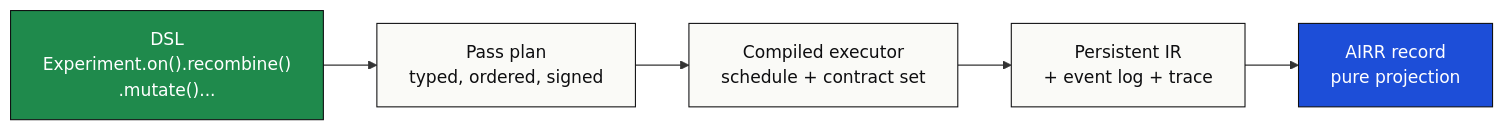
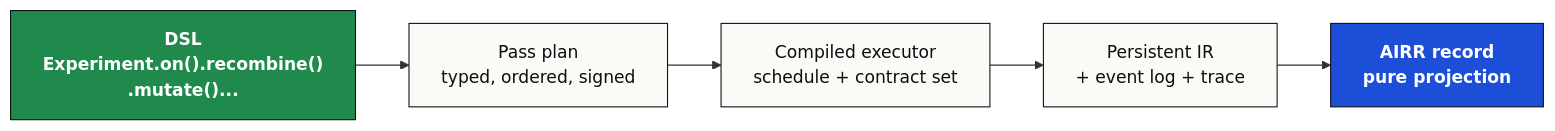
Before and after one commit to MuteJester/GenAIRR: the first of 9 diagrams in site_docs/architecture/index.md, drawn with Mermaid. The commit also changed other lines of this file and 1 other file, not shown here.

First line of the commit message:
mermaid: fix unreadable dark text on dark fills

````diff
--- a/site_docs/architecture/index.md
+++ b/site_docs/architecture/index.md
@@ -16,13 +16,16 @@
 ```mermaid
 flowchart LR
   A["DSL<br/>Experiment.on().recombine()<br/>.mutate()..."] --> B["Pass plan<br/>typed, ordered, signed"]
   B --> C["Compiled executor<br/>schedule + contract set"]
   C --> D["Persistent IR<br/>+ event log + trace"]
   D --> E["AIRR record<br/>pure projection"]
 
-  style A fill:#1f8a4c,stroke:#0e0e10,color:#fff
-  style B fill:#fafaf7,stroke:#0e0e10,color:#0e0e10
-  style C fill:#fafaf7,stroke:#0e0e10,color:#0e0e10
-  style D fill:#fafaf7,stroke:#0e0e10,color:#0e0e10
-  style E fill:#1d4ed8,stroke:#0e0e10,color:#fff
+  classDef accent fill:#1f8a4c,stroke:#0e0e10,color:#ffffff,font-weight:600;
+  classDef info fill:#1d4ed8,stroke:#0e0e10,color:#ffffff,font-weight:600;
+  classDef trace fill:#6e3a8e,stroke:#0e0e10,color:#ffffff,font-weight:600;
+  classDef warn fill:#dc2626,stroke:#0e0e10,color:#ffffff,font-weight:600;
+  classDef neutral fill:#fafaf7,stroke:#0e0e10,color:#0e0e10;
+  class A accent;
+  class B,C,D neutral;
+  class E info;
 ```
````
